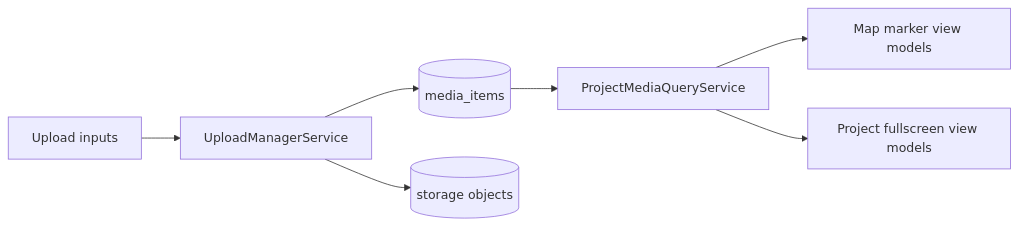
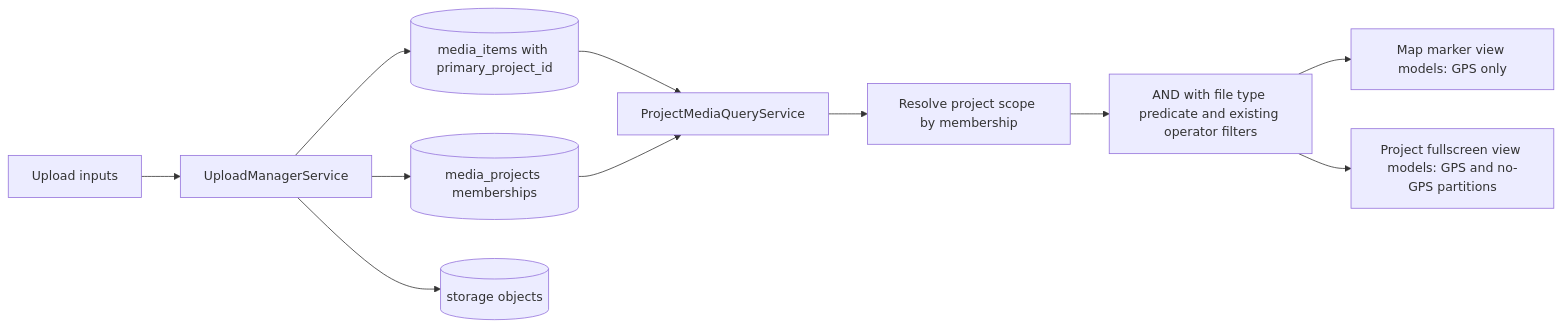
The first of 3 diagrams in docs/element-specs/project-mixed-media-pre-spec.md (matkleve/feldpost), drawn with Mermaid before and after one commit. The commit also changed other lines of this file and 20 other files, not shown here.

First line of the commit message:
feat: Implement mixed media support in projects

````diff
--- a/docs/element-specs/project-mixed-media-pre-spec.md
+++ b/docs/element-specs/project-mixed-media-pre-spec.md
@@ -65,9 +67,14 @@
 ```mermaid
 flowchart LR
   U[Upload inputs] --> UM[UploadManagerService]
-  UM --> M[(media_items)]
+  UM --> MI[(media_items with primary_project_id)]
+  UM --> MP[(media_projects memberships)]
   UM --> S[(storage objects)]
-  M --> Q[ProjectMediaQueryService]
-  Q --> MAP[Map marker view models]
-  Q --> PFV[Project fullscreen view models]
+
+  MI --> Q[ProjectMediaQueryService]
+  MP --> Q
+  Q --> P0[Resolve project scope by membership]
+  P0 --> FT[AND with file type predicate and existing operator filters]
+  FT --> MAP[Map marker view models: GPS only]
+  FT --> PFV[Project fullscreen view models: GPS and no-GPS partitions]
 ```
````
